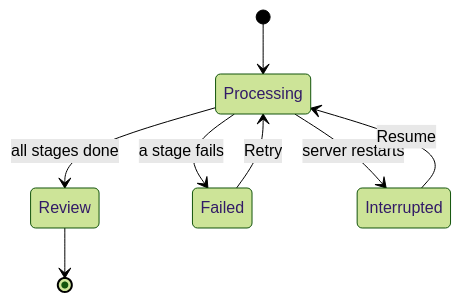
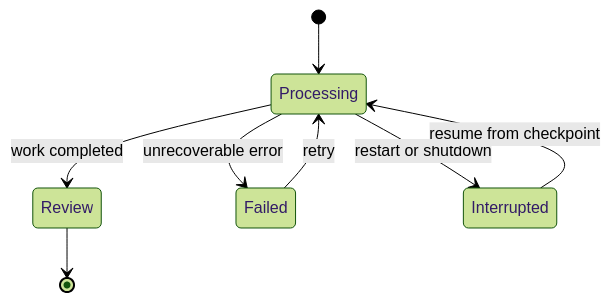
Before and after one commit to Aarti-panchal01/anek: the fifth of 5 diagrams in README.md, drawn with Mermaid (forest theme). The commit also changed other lines of this file and 1 other file, not shown here.

````diff
--- a/README.md
+++ b/README.md
@@ -229,10 +195,10 @@
 ```mermaid
 stateDiagram-v2
     [*] --> Processing
-    Processing --> Review: all stages done
-    Processing --> Failed: a stage fails
-    Processing --> Interrupted: server restarts
-    Interrupted --> Processing: Resume
-    Failed --> Processing: Retry
+    Processing --> Review: work completed
+    Processing --> Failed: unrecoverable error
+    Processing --> Interrupted: restart or shutdown
+    Interrupted --> Processing: resume from checkpoint
+    Failed --> Processing: retry
     Review --> [*]
 ```
````
